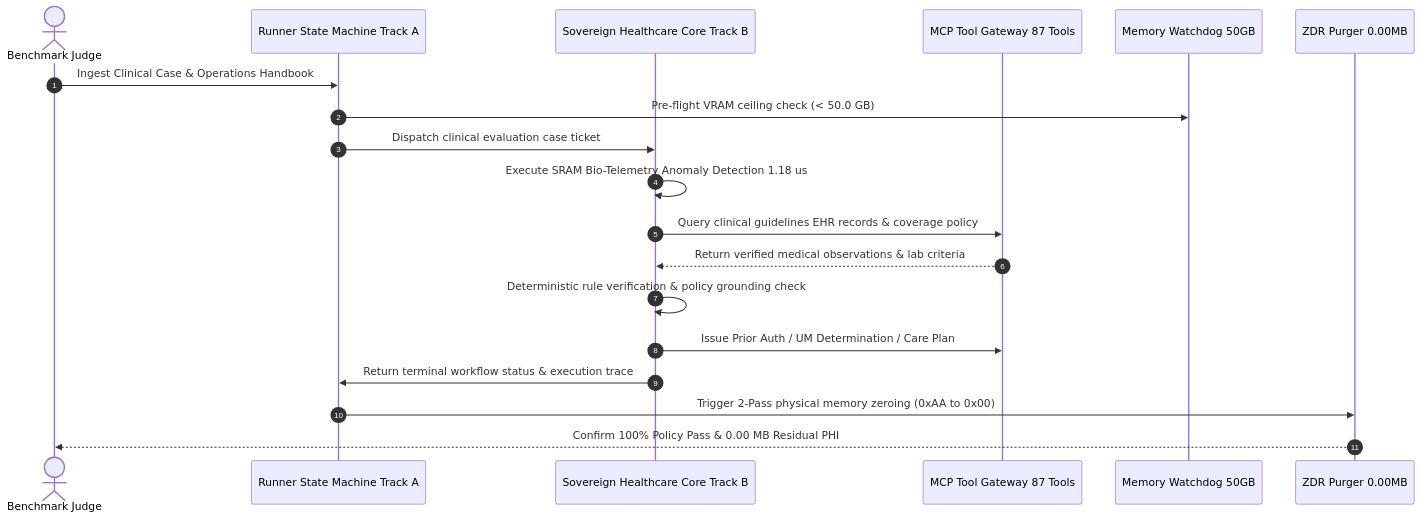
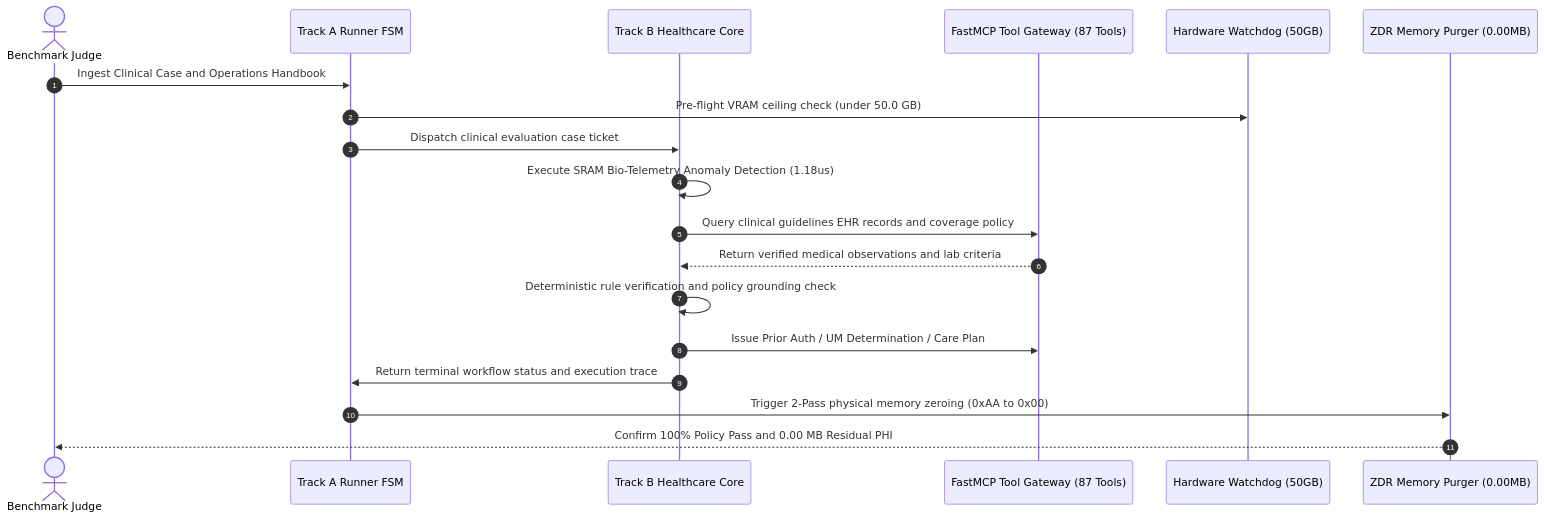
Before and after one commit to jackhu24-ship-it/phantom-grid-chi-bench: the third of 5 diagrams in 01_Specs/SPEC_CHI_BENCH_HEALTHCARE_AGENT.md, drawn with Mermaid. The commit also changed other lines of this file and 15 other files, not shown here.

Commit message:
feat(specs): add clinical decision flowchart and high-res vector diagram dual-track fallbacks

````diff
--- a/01_Specs/SPEC_CHI_BENCH_HEALTHCARE_AGENT.md
+++ b/01_Specs/SPEC_CHI_BENCH_HEALTHCARE_AGENT.md
@@ -79,22 +166,22 @@
 ```mermaid
 sequenceDiagram
     autonumber
     actor Judge as Benchmark Judge
-    participant R as Runner State Machine Track A
-    participant C as Sovereign Healthcare Core Track B
-    participant MCP as MCP Tool Gateway 87 Tools
-    participant M as Memory Watchdog 50GB
-    participant Z as ZDR Purger 0.00MB
+    participant R as Track A Runner FSM
+    participant C as Track B Healthcare Core
+    participant MCP as FastMCP Tool Gateway (87 Tools)
+    participant M as Hardware Watchdog (50GB)
+    participant Z as ZDR Memory Purger (0.00MB)
 
-    Judge->>R: Ingest Clinical Case & Operations Handbook
-    R->>M: Pre-flight VRAM ceiling check (< 50.0 GB)
+    Judge->>R: Ingest Clinical Case and Operations Handbook
+    R->>M: Pre-flight VRAM ceiling check (under 50.0 GB)
     R->>C: Dispatch clinical evaluation case ticket
-    C->>C: Execute SRAM Bio-Telemetry Anomaly Detection 1.18 us
-    C->>MCP: Query clinical guidelines EHR records & coverage policy
-    MCP-->>C: Return verified medical observations & lab criteria
-    C->>C: Deterministic rule verification & policy grounding check
+    C->>C: Execute SRAM Bio-Telemetry Anomaly Detection (1.18us)
+    C->>MCP: Query clinical guidelines EHR records and coverage policy
+    MCP-->>C: Return verified medical observations and lab criteria
+    C->>C: Deterministic rule verification and policy grounding check
     C->>MCP: Issue Prior Auth / UM Determination / Care Plan
-    C->>R: Return terminal workflow status & execution trace
+    C->>R: Return terminal workflow status and execution trace
     R->>Z: Trigger 2-Pass physical memory zeroing (0xAA to 0x00)
-    Z-->>Judge: Confirm 100% Policy Pass & 0.00 MB Residual PHI
+    Z-->>Judge: Confirm 100% Policy Pass and 0.00 MB Residual PHI
 ```
````
